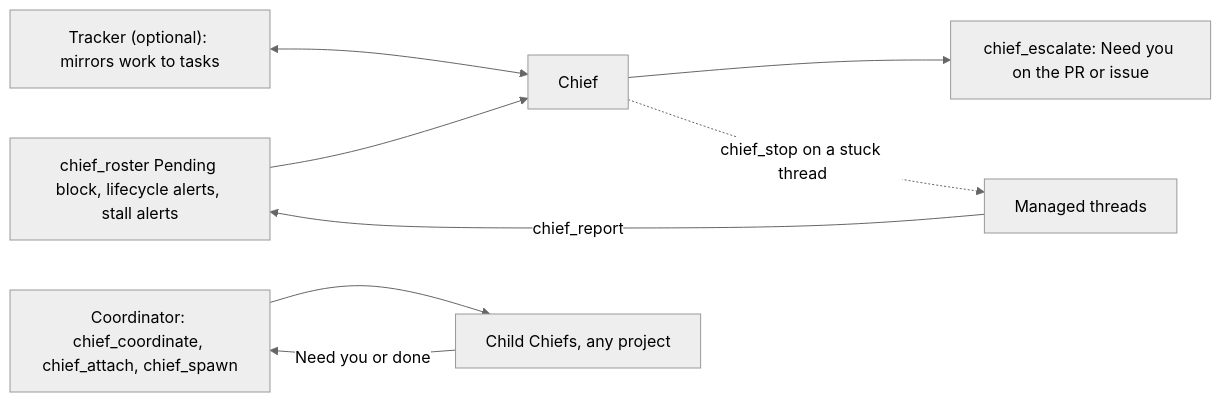
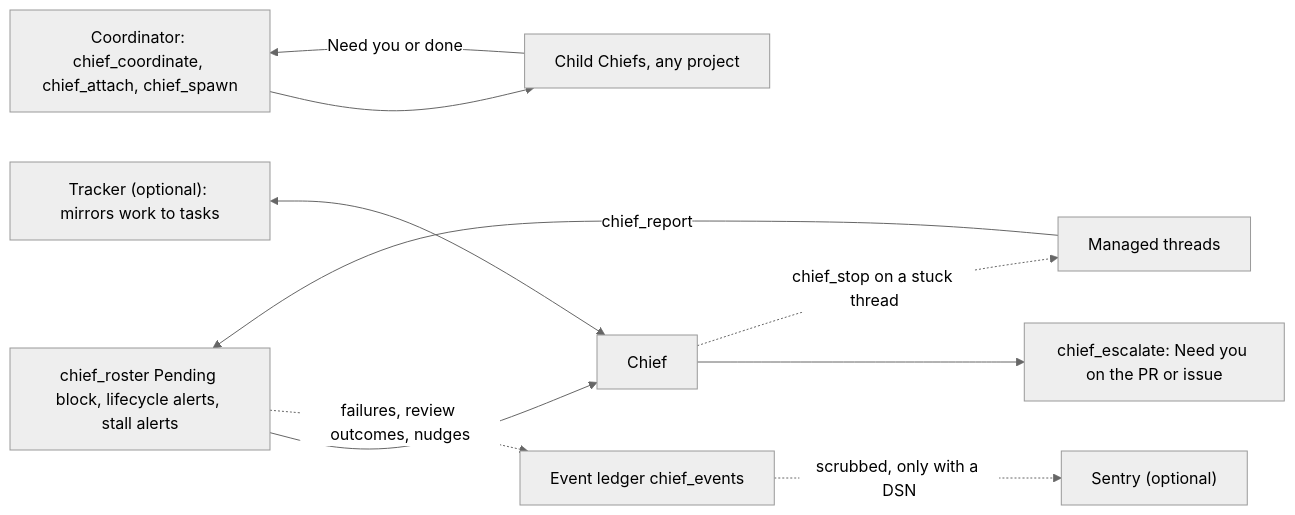
The second of 2 diagrams in docs/software-factory.md (hohaivu/bb-plugin-chief), drawn with Mermaid (neutral theme) before and after one commit. The commit also changed other lines of this file and 3 other files, not shown here.

First line of the commit message:
Docs: observability spec, Sentry envelope decision, software-factory ledger

````diff
--- a/docs/software-factory.md
+++ b/docs/software-factory.md
@@ -118,10 +118,12 @@
 ```mermaid
 flowchart LR
   Roster["chief_roster Pending block, lifecycle alerts, stall alerts"] --> Chief
   Tracker["Tracker (optional): mirrors work to tasks"] <--> Chief
   Chief --> Escalate["chief_escalate: Need you on the PR or issue"]
   Coordinator["Coordinator: chief_coordinate, chief_attach, chief_spawn"] --> Child["Child Chiefs, any project"]
   Child -- "Need you or done" --> Coordinator
   Chief -. "chief_stop on a stuck thread" .-> Threads["Managed threads"]
   Threads -- "chief_report" --> Roster
+  Roster -. "failures, review outcomes, nudges" .-> Ledger["Event ledger chief_events"]
+  Ledger -. "scrubbed, only with a DSN" .-> Sentry["Sentry (optional)"]
 ```
````
